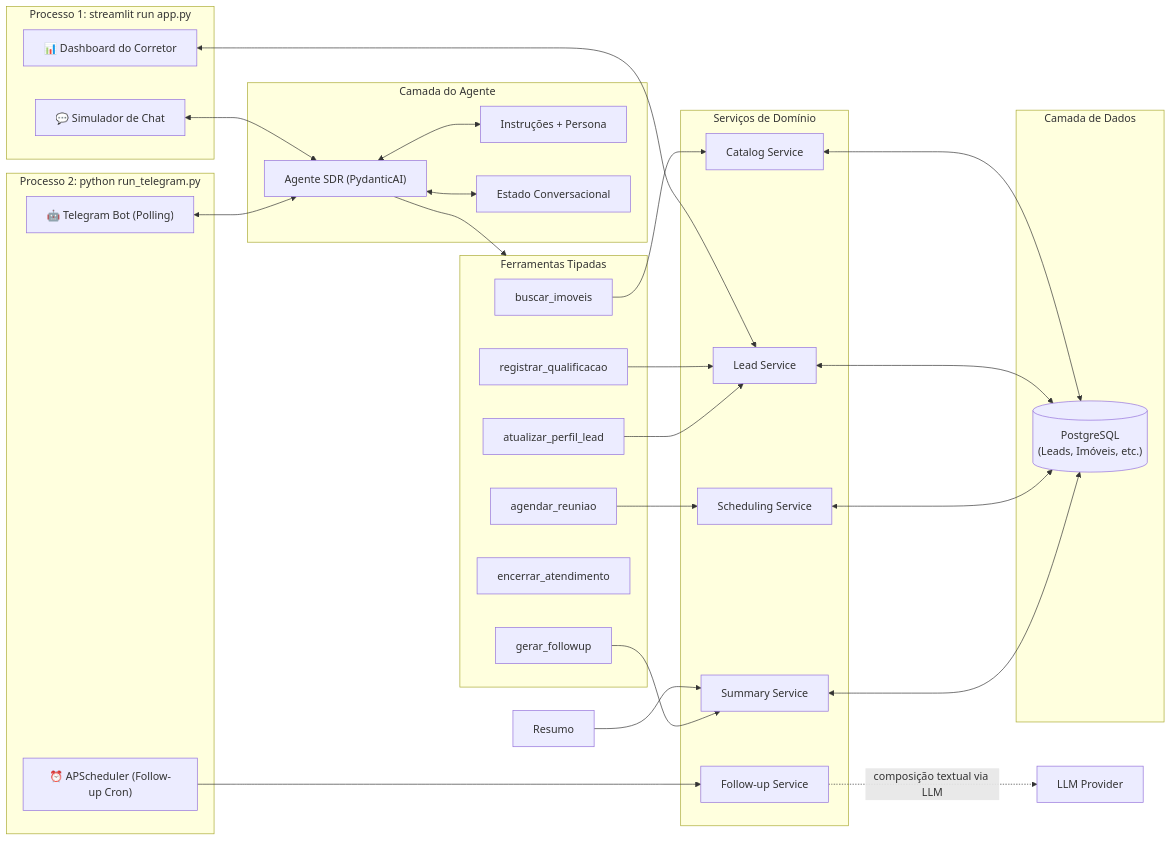
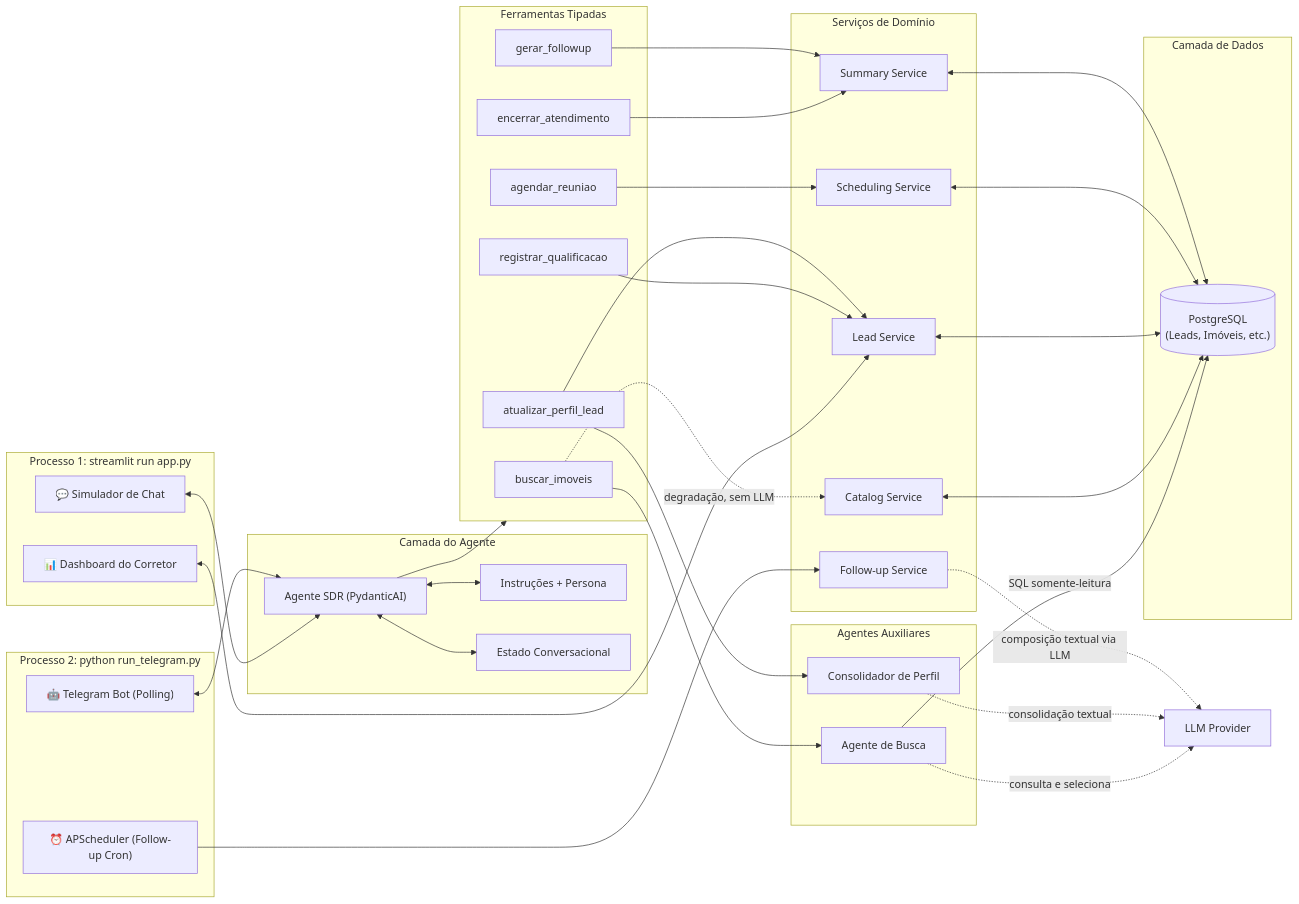
One commit to luizaaca/agente_imobiliario changed the diagram in docs/01-visao-geral/01-plano-de-implementacao.md. Above: the diagram before and after it, drawn with Mermaid. The commit also changed other lines of this file and 11 other files, not shown here.

First line of the commit message:
docs: agente de busca dedicado, com SQL somente-leitura

````diff
--- a/docs/01-visao-geral/01-plano-de-implementacao.md
+++ b/docs/01-visao-geral/01-plano-de-implementacao.md
@@ -141,58 +141,68 @@
 ```mermaid
 flowchart LR
     subgraph Proc1 ["Processo 1: streamlit run app.py"]
         ChatTab["💬 Simulador de Chat"]
         DashTab["📊 Dashboard do Corretor"]
     end
 
     subgraph Proc2 ["Processo 2: python run_telegram.py"]
         TgBot["🤖 Telegram Bot (Polling)"]
         Scheduler["⏰ APScheduler (Follow-up Cron)"]
     end
 
     subgraph Agent ["Camada do Agente"]
         SDRAgent["Agente SDR (PydanticAI)"]
         Prompt["Instruções + Persona"]
         State["Estado Conversacional"]
     end
 
     subgraph Tools ["Ferramentas Tipadas"]
         Buscar["buscar_imoveis"]
         Qualificar["registrar_qualificacao"]
         PerfilTool["atualizar_perfil_lead"]
         Agendar["agendar_reuniao"]
         Encerrar["encerrar_atendimento"]
         FollowUp["gerar_followup"]
     end
 
+    subgraph Auxiliares ["Agentes Auxiliares"]
+        BuscaAgent["Agente de Busca"]
+        PerfilAgent["Consolidador de Perfil"]
+    end
+
     subgraph Services ["Serviços de Domínio"]
         CatalogService["Catalog Service"]
         LeadService["Lead Service"]
         SchedulingService["Scheduling Service"]
         SummaryService["Summary Service"]
         FollowUpService["Follow-up Service"]
     end
 
     subgraph Data ["Camada de Dados"]
         DB[("PostgreSQL\n(Leads, Imóveis, etc.)")]
     end
 
     ChatTab <--> SDRAgent
     TgBot <--> SDRAgent
     Scheduler --> FollowUpService
     DashTab <--> LeadService
     SDRAgent <--> Prompt
     SDRAgent <--> State
     SDRAgent --> Tools
-    Buscar --> CatalogService
+    Buscar --> BuscaAgent
+    Buscar -.->|"degradação, sem LLM"| CatalogService
+    BuscaAgent -->|"SQL somente-leitura"| DB
+    BuscaAgent -.->|"consulta e seleciona"| LLM
     Qualificar --> LeadService
+    PerfilTool --> PerfilAgent
+    PerfilAgent -.->|"consolidação textual"| LLM
     PerfilTool --> LeadService
     Agendar --> SchedulingService
-    Resumo --> SummaryService
+    Encerrar --> SummaryService
     FollowUp --> SummaryService
     FollowUpService -.->|"composição textual via LLM"| LLM["LLM Provider"]
     CatalogService <--> DB
     LeadService <--> DB
     SchedulingService <--> DB
     SummaryService <--> DB
 ```
````
